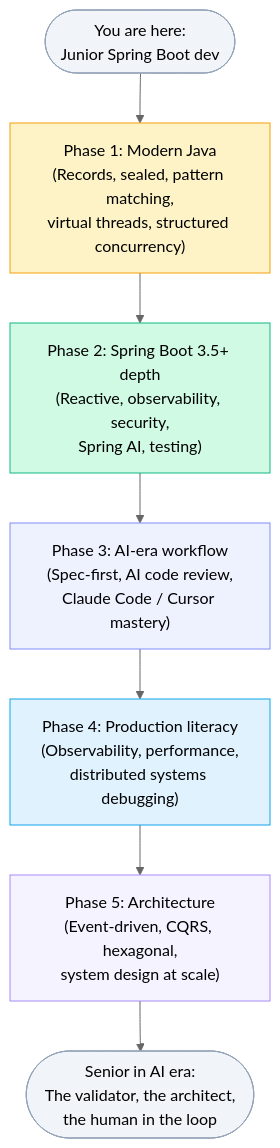
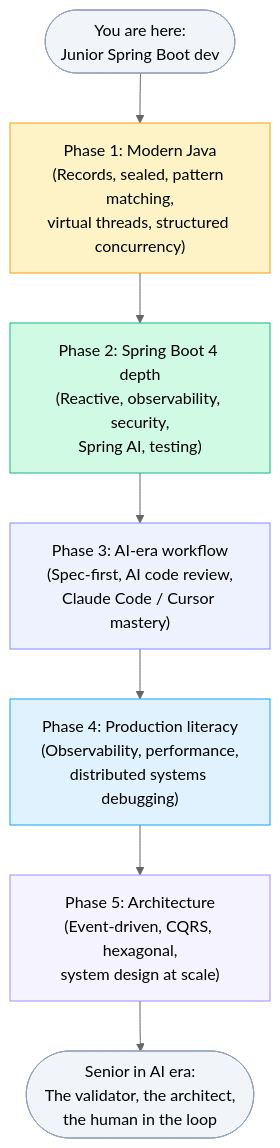
Before and after one commit to hanafifirman11/hanafifirman11.github.io: the first of 3 diagrams in src/content/blog/java-roadmap-ai-era/en.md, drawn with Mermaid (neutral theme). The commit also changed other lines of this file and 1 other file, not shown here.

First line of the commit message:
fix(java-roadmap): Spring Boot 4 (4.0.6 GA), not 3.5+

````diff
--- a/src/content/blog/java-roadmap-ai-era/en.md
+++ b/src/content/blog/java-roadmap-ai-era/en.md
@@ -71,27 +71,27 @@
 ```mermaid
 flowchart TB
     Start(["You are here:<br/>Junior Spring Boot dev"])
 
     P1["Phase 1: Modern Java<br/>(Records, sealed, pattern matching,<br/>virtual threads, structured concurrency)"]
-    P2["Phase 2: Spring Boot 3.5+ depth<br/>(Reactive, observability, security,<br/>Spring AI, testing)"]
+    P2["Phase 2: Spring Boot 4 depth<br/>(Reactive, observability, security,<br/>Spring AI, testing)"]
     P3["Phase 3: AI-era workflow<br/>(Spec-first, AI code review,<br/>Claude Code / Cursor mastery)"]
     P4["Phase 4: Production literacy<br/>(Observability, performance,<br/>distributed systems debugging)"]
     P5["Phase 5: Architecture<br/>(Event-driven, CQRS, hexagonal,<br/>system design at scale)"]
 
     End(["Senior in AI era:<br/>The validator, the architect,<br/>the human in the loop"])
 
     Start --> P1 --> P2 --> P3 --> P4 --> P5 --> End
 
     classDef start stroke:#94a3b8,fill:#f1f5f9,color:#000
     classDef java stroke:#f59e0b,fill:#fef3c7,color:#000
     classDef spring stroke:#10b981,fill:#d1fae5,color:#000
     classDef ai stroke:#818cf8,fill:#eef2ff,color:#000
     classDef prod stroke:#0ea5e9,fill:#e0f2fe,color:#000
     classDef arch stroke:#a78bfa,fill:#f5f3ff,color:#000
     class Start,End start
     class P1 java
     class P2 spring
     class P3 ai
     class P4 prod
     class P5 arch
 ```
````
